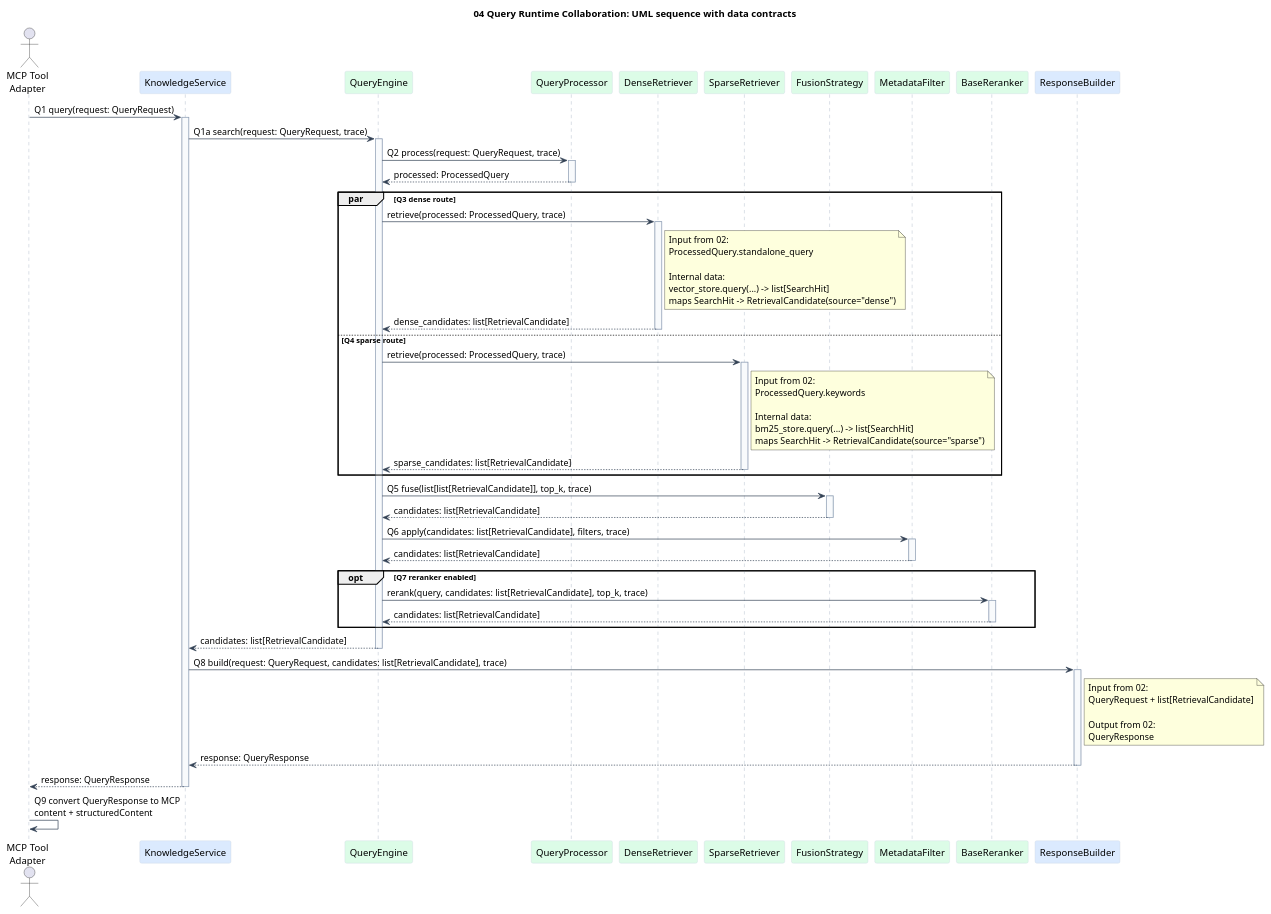
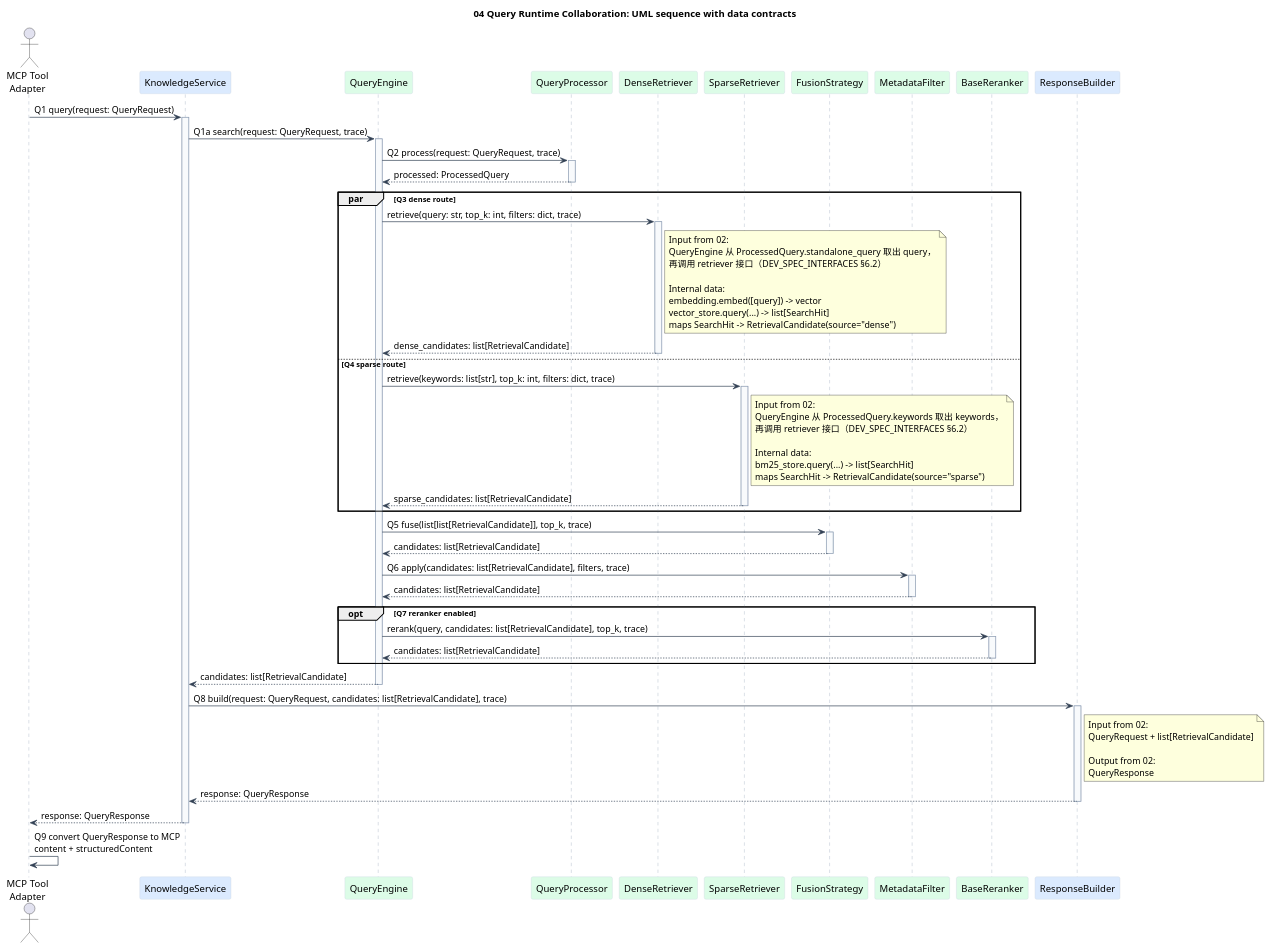
Before and after one commit to CHZarles/modular-rag-mcp: the diagram in diagrams/review-04-query-response-ports.puml, drawn with PlantUML. The commit also changed 6 other files, not shown here.

```diff
--- a/diagrams/review-04-query-response-ports.puml
+++ b/diagrams/review-04-query-response-ports.puml
@@ -1,103 +1,106 @@
 @startuml review_04_query_response_ports
 !pragma layout smetana
 title 04 Query Runtime Collaboration: UML sequence with data contracts
 
 skinparam shadowing false
 skinparam defaultFontName "Arial"
 skinparam ArrowColor #334155
 skinparam sequence {
   LifeLineBorderColor #94A3B8
   LifeLineBackgroundColor #F8FAFC
   ParticipantBorderColor #CBD5E1
   ParticipantBackgroundColor #F8FAFC
   BoxBorderColor #CBD5E1
   BoxBackgroundColor #F8FAFC
 }
 
 actor "MCP Tool\nAdapter" as Tool
 participant "KnowledgeService" as KS #DBEAFE
 participant "QueryEngine" as QE #DCFCE7
 participant "QueryProcessor" as QP #DCFCE7
 participant "DenseRetriever" as DR #DCFCE7
 participant "SparseRetriever" as SR #DCFCE7
 participant "FusionStrategy" as Fusion #DCFCE7
 participant "MetadataFilter" as Filter #DCFCE7
 participant "BaseReranker" as Reranker #DCFCE7
 participant "ResponseBuilder" as Builder #DBEAFE
 
 Tool -> KS : Q1 query(request: QueryRequest)
 activate KS
 
 KS -> QE : Q1a search(request: QueryRequest, trace)
 activate QE
 
 QE -> QP : Q2 process(request: QueryRequest, trace)
 activate QP
 QP --> QE : processed: ProcessedQuery
 deactivate QP
 
 par Q3 dense route
-  QE -> DR : retrieve(processed: ProcessedQuery, trace)
+  QE -> DR : retrieve(query: str, top_k: int, filters: dict, trace)
   activate DR
   note right of DR
     Input from 02:
-    ProcessedQuery.standalone_query
+    QueryEngine 从 ProcessedQuery.standalone_query 取出 query，
+    再调用 retriever 接口（DEV_SPEC_INTERFACES §6.2）
 
     Internal data:
+    embedding.embed([query]) -> vector
     vector_store.query(...) -> list[SearchHit]
     maps SearchHit -> RetrievalCandidate(source="dense")
   end note
   DR --> QE : dense_candidates: list[RetrievalCandidate]
   deactivate DR
 else Q4 sparse route
-  QE -> SR : retrieve(processed: ProcessedQuery, trace)
+  QE -> SR : retrieve(keywords: list[str], top_k: int, filters: dict, trace)
   activate SR
   note right of SR
     Input from 02:
-    ProcessedQuery.keywords
+    QueryEngine 从 ProcessedQuery.keywords 取出 keywords，
+    再调用 retriever 接口（DEV_SPEC_INTERFACES §6.2）
 
     Internal data:
     bm25_store.query(...) -> list[SearchHit]
     maps SearchHit -> RetrievalCandidate(source="sparse")
   end note
   SR --> QE : sparse_candidates: list[RetrievalCandidate]
   deactivate SR
 end
 
 QE -> Fusion : Q5 fuse(list[list[RetrievalCandidate]], top_k, trace)
 activate Fusion
 Fusion --> QE : candidates: list[RetrievalCandidate]
 deactivate Fusion
 
 QE -> Filter : Q6 apply(candidates: list[RetrievalCandidate], filters, trace)
 activate Filter
 Filter --> QE : candidates: list[RetrievalCandidate]
 deactivate Filter
 
 opt Q7 reranker enabled
   QE -> Reranker : rerank(query, candidates: list[RetrievalCandidate], top_k, trace)
   activate Reranker
   Reranker --> QE : candidates: list[RetrievalCandidate]
   deactivate Reranker
 end
 
 QE --> KS : candidates: list[RetrievalCandidate]
 deactivate QE
 
 KS -> Builder : Q8 build(request: QueryRequest, candidates: list[RetrievalCandidate], trace)
 activate Builder
 note right of Builder
   Input from 02:
   QueryRequest + list[RetrievalCandidate]
 
   Output from 02:
   QueryResponse
 end note
 Builder --> KS : response: QueryResponse
 deactivate Builder
 
 KS --> Tool : response: QueryResponse
 deactivate KS
 
 Tool -> Tool : Q9 convert QueryResponse to MCP\ncontent + structuredContent
 @enduml
```
